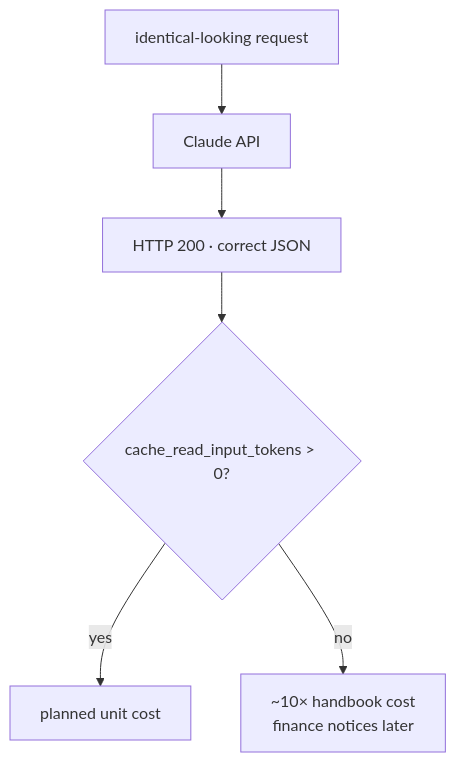
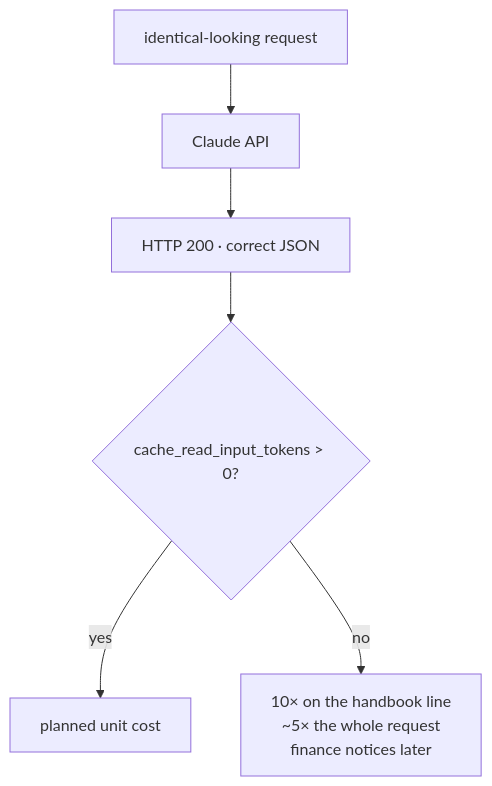
Before and after one commit to mrlynn/claude-triage-api: the second of 2 diagrams in curriculum/labs/lab-5-prompt-caching.md, drawn with Mermaid. The commit also changed other lines of this file and 15 other files, not shown here.

````diff
--- a/curriculum/labs/lab-5-prompt-caching.md
+++ b/curriculum/labs/lab-5-prompt-caching.md
@@ -68,8 +76,8 @@
 ```mermaid
 flowchart TB
     Req["identical-looking request"] --> API["Claude API"]
     API --> OK["HTTP 200 · correct JSON"]
     OK --> U{"cache_read_input_tokens > 0?"}
     U -->|yes| Hit["planned unit cost"]
-    U -->|no| Miss["~10× handbook cost<br/>finance notices later"]
+    U -->|no| Miss["10× on the handbook line<br/>~5× the whole request<br/>finance notices later"]
 ```
````
